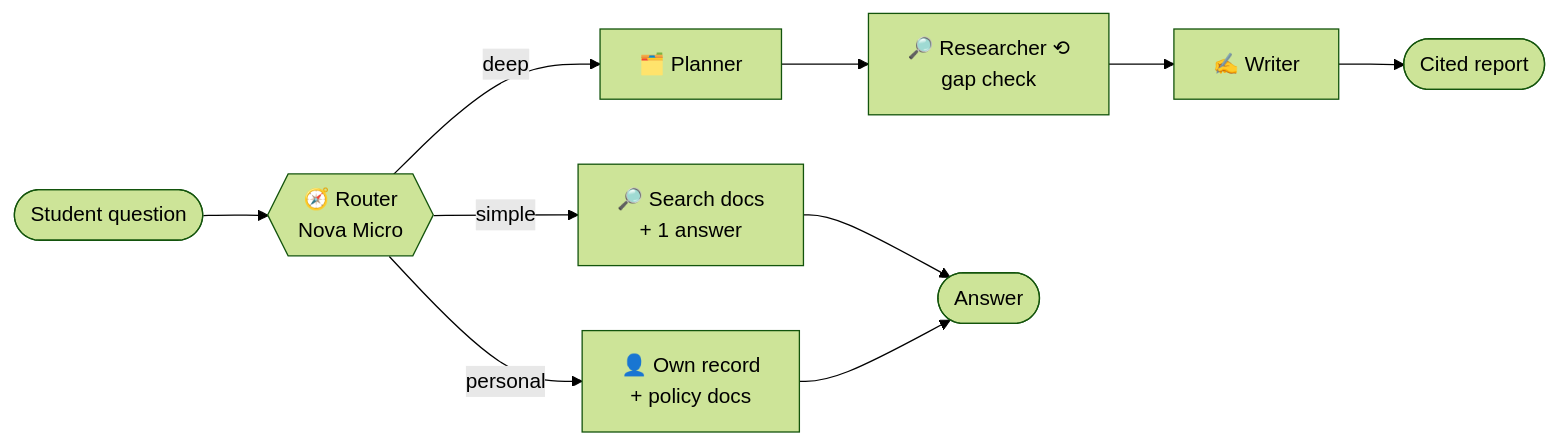
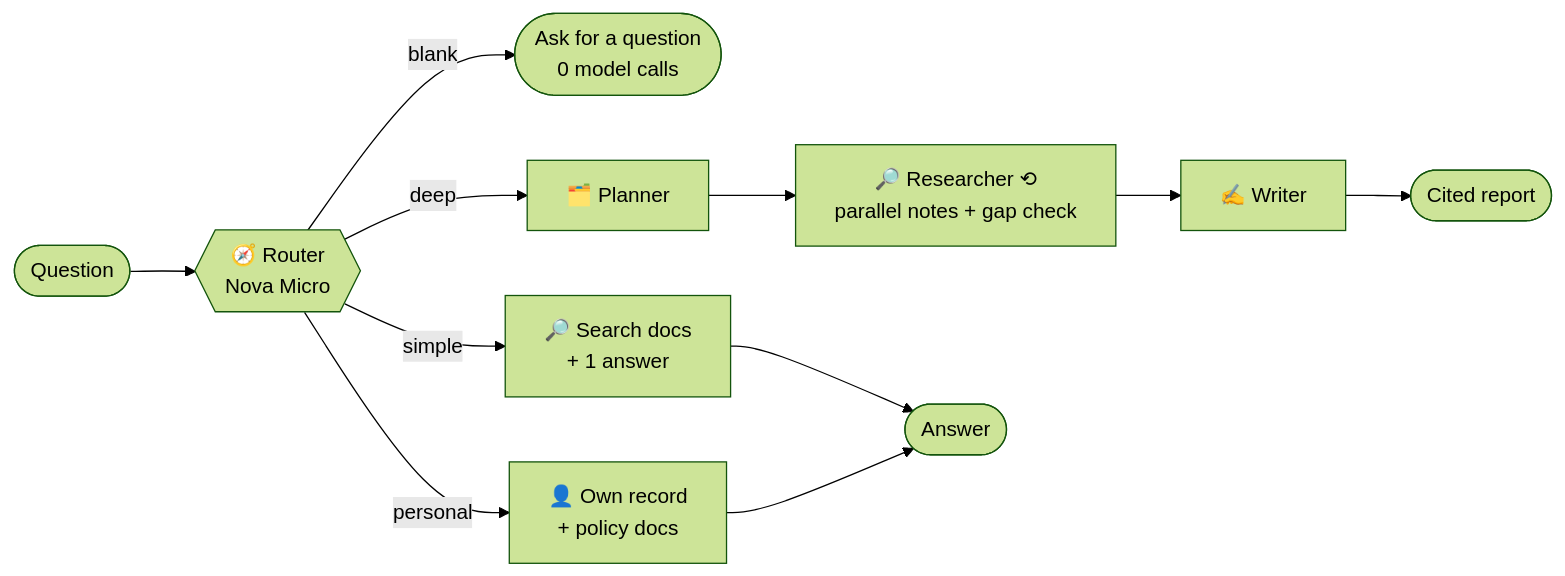
Before and after one commit to musaddiq-vd/smart-campus-assistant: the second of 2 diagrams in README.md, drawn with Mermaid (forest theme). The commit also changed other lines of this file and 11 other files, not shown here.

First line of the commit message:
Rewrite the README with screenshots and architecture, and add CI

````diff
--- a/README.md
+++ b/README.md
@@ -51,10 +128,11 @@
 ```mermaid
 flowchart LR
-    Q([Student question]) --> R{{"🧭 Router<br/>Nova Micro"}}
+    Q([Question]) --> R{{"🧭 Router<br/>Nova Micro"}}
+    R -- blank --> E([Ask for a question<br/>0 model calls])
     R -- simple --> S["🔎 Search docs<br/>+ 1 answer"]
     R -- personal --> P["👤 Own record<br/>+ policy docs"]
-    R -- deep --> PL["🗂️ Planner"] --> RS["🔎 Researcher ⟲<br/>gap check"] --> W["✍️ Writer"]
+    R -- deep --> PL["🗂️ Planner"] --> RS["🔎 Researcher ⟲<br/>parallel notes + gap check"] --> W["✍️ Writer"]
     S --> A([Answer])
     P --> A
     W --> C([Cited report])
 ```
````
